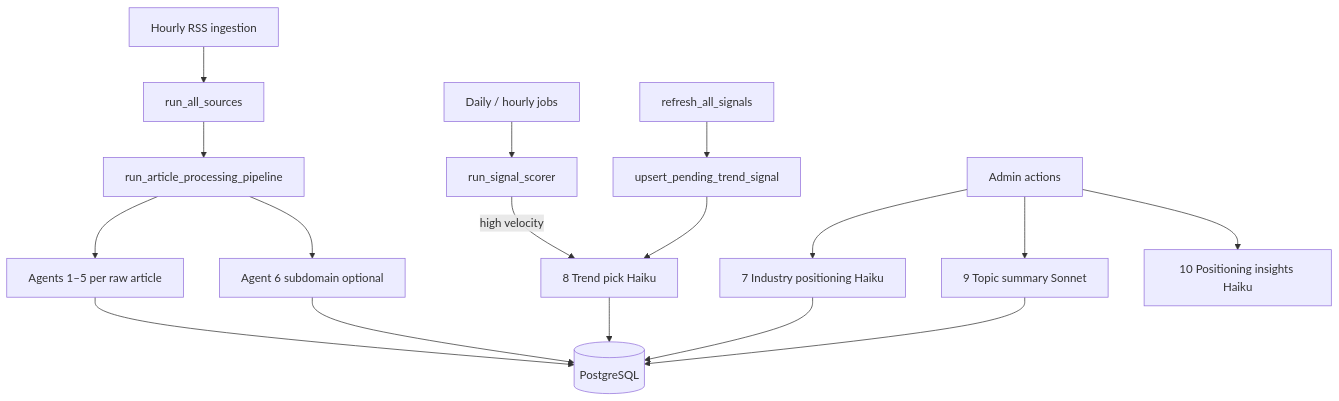
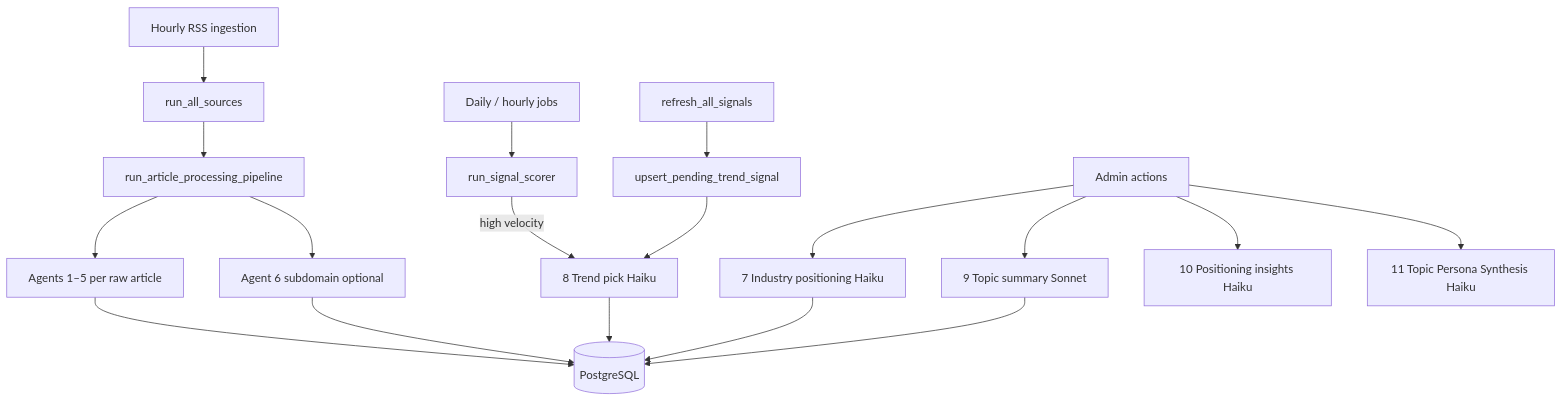
One commit to pfreePOTS/pulseoftechnology changed the second of 3 diagrams in docs/ai-agents-and-flow.md. Above: the diagram before and after it, drawn with Mermaid. The commit also changed other lines of this file and 45 other files, not shown here.

````diff
--- a/docs/ai-agents-and-flow.md
+++ b/docs/ai-agents-and-flow.md
@@ -59,23 +60,24 @@
 ```mermaid
 flowchart TB
   RSS[Hourly RSS ingestion] --> ING[run_all_sources]
   ING --> PROC[run_article_processing_pipeline]
   PROC --> E5[Agents 1–5 per raw article]
   PROC --> SUB[Agent 6 subdomain optional]
 
   SCH[Daily / hourly jobs] --> SIG[run_signal_scorer]
   SIG -->|high velocity| TP[8 Trend pick Haiku]
   REF[refresh_all_signals] --> UPS[upsert_pending_trend_signal]
   UPS --> TP
 
   ADM[Admin actions] --> IND[7 Industry positioning Haiku]
   ADM --> SUM[9 Topic summary Sonnet]
   ADM --> TRE[10 Positioning insights Haiku]
+  ADM --> PBR[11 Topic Persona Synthesis Haiku]
 
   DB[(PostgreSQL)]
   E5 --> DB
   SUB --> DB
   TP --> DB
   IND --> DB
   SUM --> DB
 ```
````
